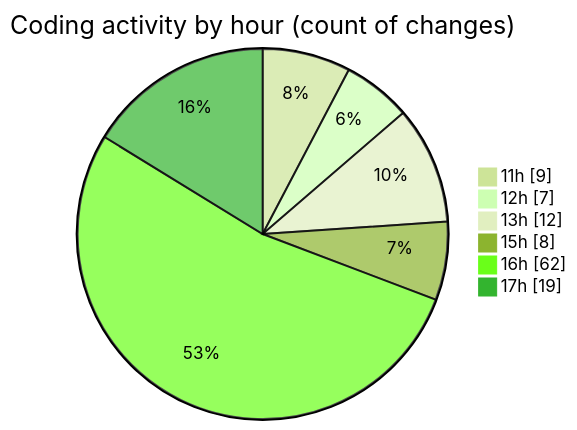
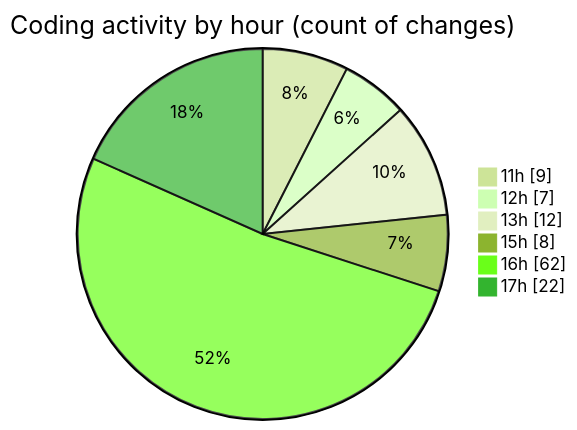
One commit to EIIisD/code-tracking changed the second of 2 diagrams in 2025-08-07/ribbon/README.md. Above: the diagram before and after it, drawn with Mermaid (forest theme). The commit also changed other lines of this file and 1 other file, not shown here.

````diff
--- a/2025-08-07/ribbon/README.md
+++ b/2025-08-07/ribbon/README.md
@@ -49,10 +49,10 @@
 ```mermaid
 pie showData
 title Coding activity by hour (count of changes)
 "11h" : 9
 "12h" : 7
 "13h" : 12
 "15h" : 8
 "16h" : 62
-"17h" : 19
+"17h" : 22
 ```
````
